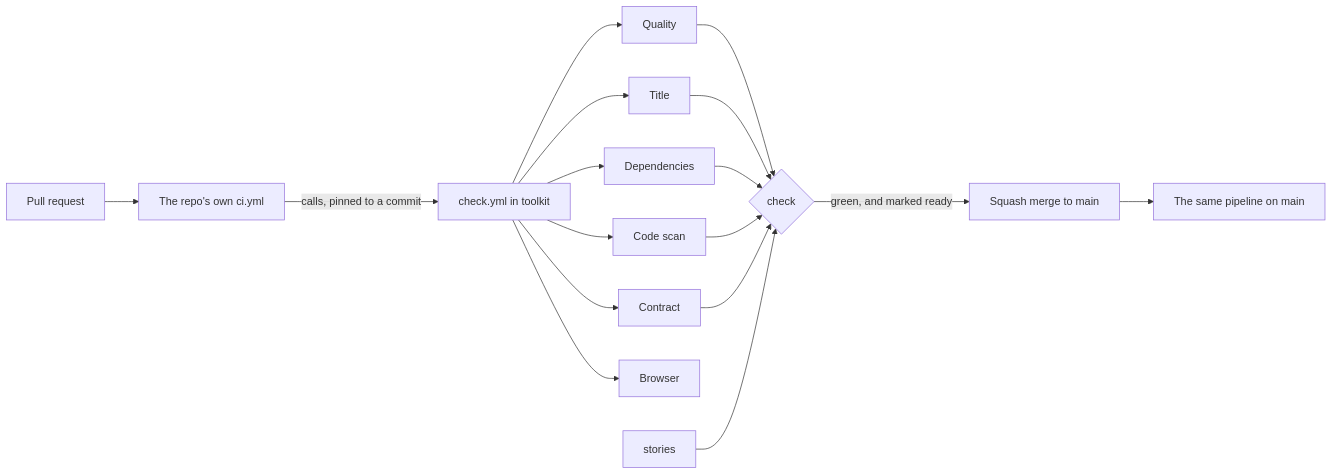
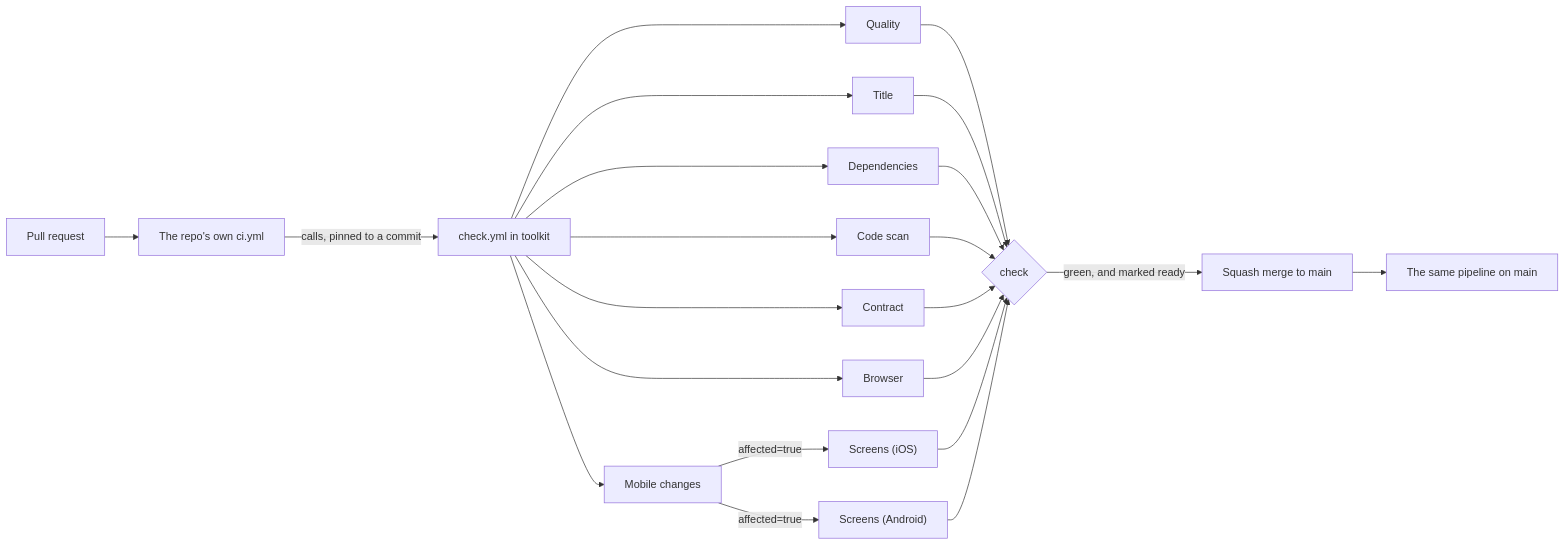
The diagram in docs/handbook/the-pipeline.md (zigordev/toolkit), drawn with Mermaid before and after one commit. The commit also changed other lines of this file and 13 other files, not shown here.

````diff
--- a/docs/handbook/the-pipeline.md
+++ b/docs/handbook/the-pipeline.md
@@ -31,19 +33,24 @@
 ```mermaid
 flowchart LR
   pr["Pull request"] --> caller["The repo's own ci.yml"]
   caller -->|"calls, pinned to a commit"| pipeline["check.yml in toolkit"]
   pipeline --> quality["Quality"]
   pipeline --> title["Title"]
   pipeline --> deps["Dependencies"]
   pipeline --> scan["Code scan"]
   pipeline --> contract["Contract"]
   pipeline --> browser["Browser"]
+  pipeline --> mobile["Mobile changes"]
+  mobile -->|"affected=true"| ios["Screens (iOS)"]
+  mobile -->|"affected=true"| android["Screens (Android)"]
   quality --> gate{check}
   title --> gate
   deps --> gate
   scan --> gate
   contract --> gate
-  stories --> gate
+  browser --> gate
+  ios --> gate
+  android --> gate
   gate -->|"green, and marked ready"| merge["Squash merge to main"]
   merge --> again["The same pipeline on main"]
 ```
````
